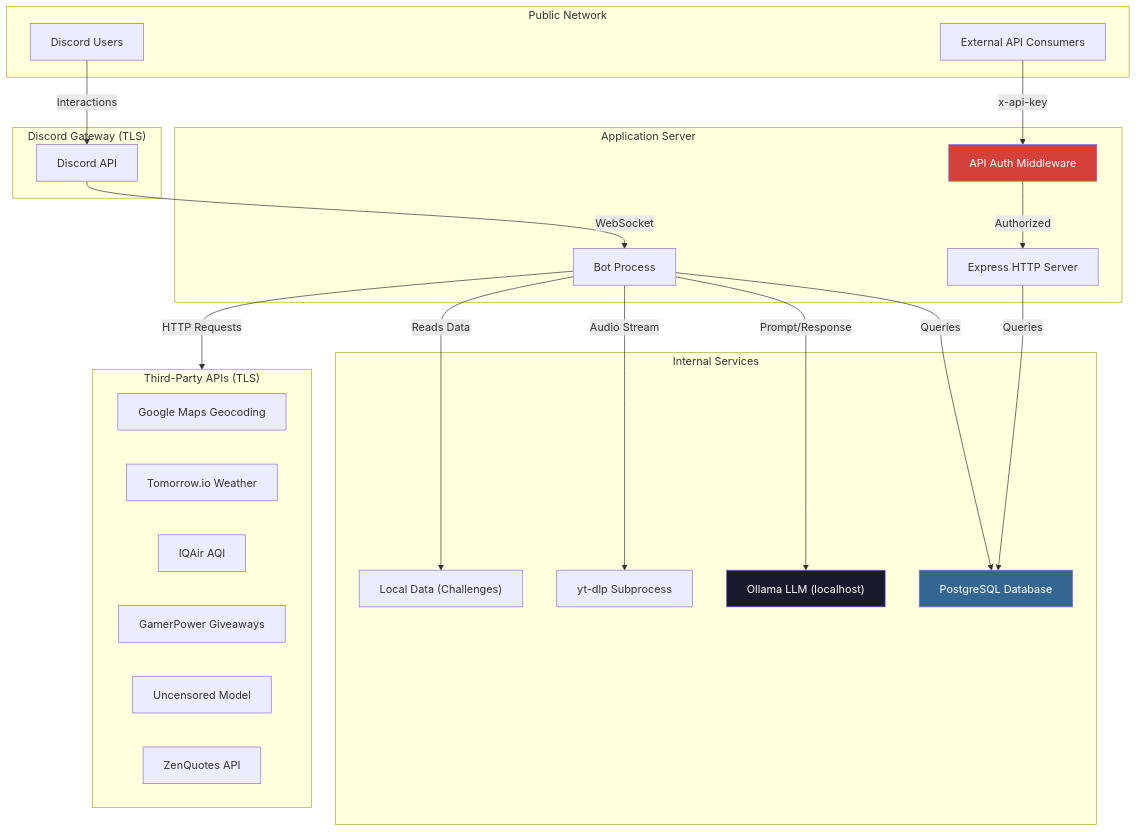
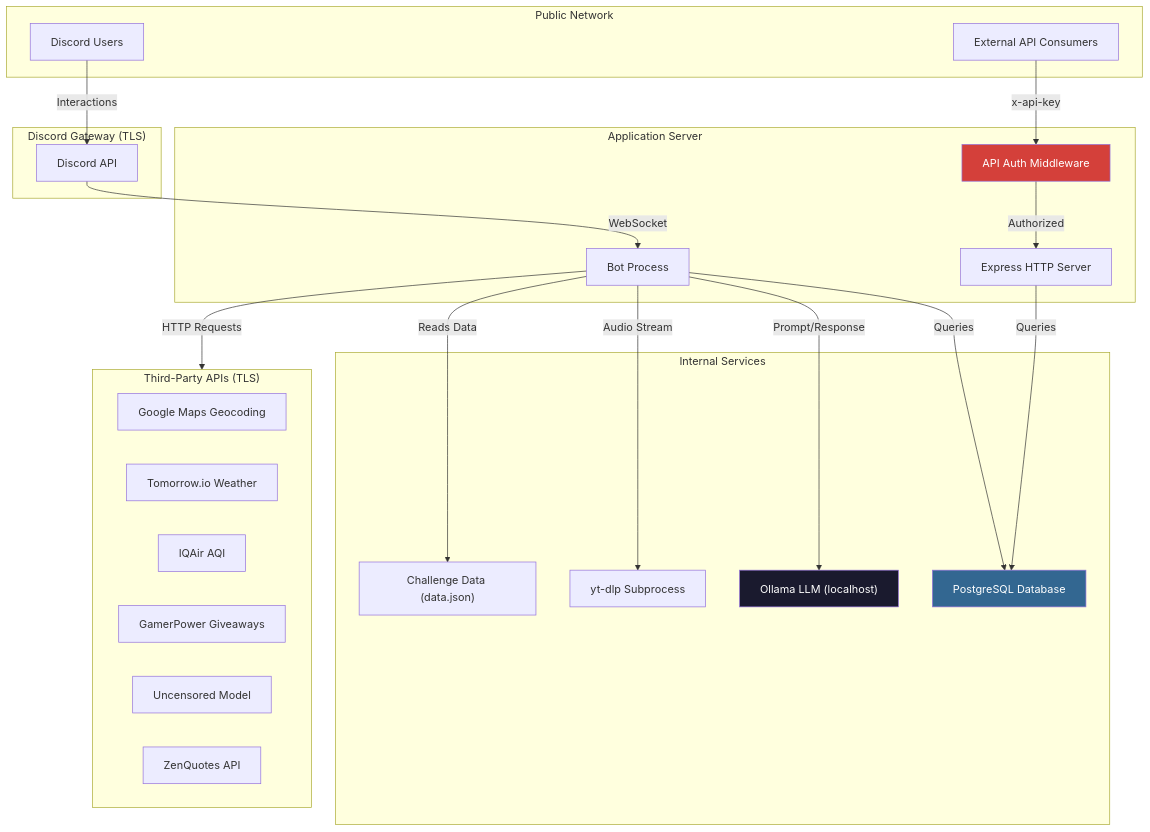
One commit to ranveerminhas0/nxtgencore changed the first of 2 diagrams in SECURITY.md. Above: the diagram before and after it, drawn with Mermaid. The commit also changed other lines of this file and 3 other files, not shown here.

````diff
--- a/SECURITY.md
+++ b/SECURITY.md
@@ -11,49 +11,49 @@
 ```mermaid
 graph TB
     subgraph Public["Public Network"]
         U["Discord Users"]
         EXT["External API Consumers"]
     end
 
     subgraph Discord["Discord Gateway (TLS)"]
         API["Discord API"]
     end
 
     subgraph Server["Application Server"]
         BOT["Bot Process"]
         EXPRESS["Express HTTP Server"]
         AUTH["API Auth Middleware"]
     end
 
     subgraph Internal["Internal Services"]
         DB["PostgreSQL Database"]
         AI["Ollama LLM (localhost)"]
         YTDLP["yt-dlp Subprocess"]
-        JSON["Local Data (Challenges)"]
+        JSON["Challenge Data (data.json)"]
     end
 
     subgraph ThirdParty["Third-Party APIs (TLS)"]
         GOOGLE["Google Maps Geocoding"]
         WEATHER["Tomorrow.io Weather"]
         IQAIR["IQAir AQI"]
         GAMER["GamerPower Giveaways"]
         HF["Uncensored Model"]
         ZEN["ZenQuotes API"]
     end
 
     U -->|Interactions| API
     API -->|WebSocket| BOT
     BOT -->|Queries| DB
     BOT -->|Prompt/Response| AI
     BOT -->|Audio Stream| YTDLP
     BOT -->|Reads Data| JSON
     BOT -->|HTTP Requests| ThirdParty
 
     EXT -->|x-api-key| AUTH
     AUTH -->|Authorized| EXPRESS
     EXPRESS -->|Queries| DB
 
     style AUTH fill:#d4403a,color:#fff
     style DB fill:#336791,color:#fff
     style AI fill:#1a1a2e,color:#fff
 ```
````
